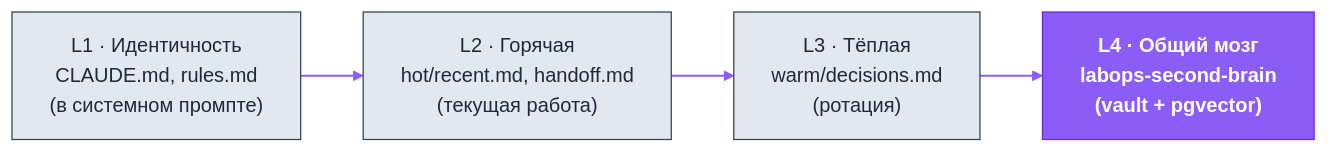
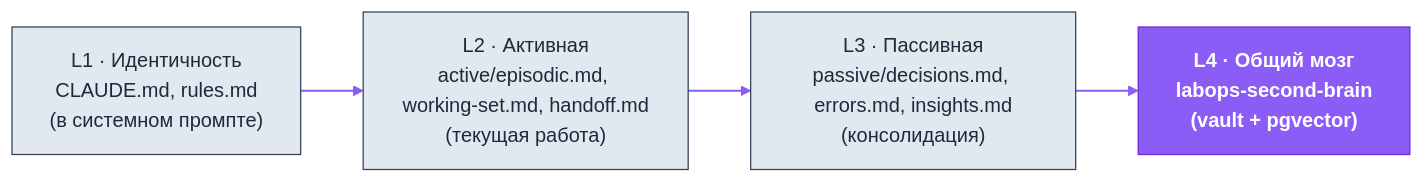
Before and after one commit to dediukhinpa/labops-second-brain: the first of 2 diagrams in README.ru.md, drawn with Mermaid. The commit also changed other lines of this file and 6 other files, not shown here.

````diff
--- a/README.ru.md
+++ b/README.ru.md
@@ -125,16 +126,16 @@
 ```mermaid
 %%{init: {'theme':'base','themeVariables':{'primaryColor':'#EDE9FE','primaryTextColor':'#4C1D95','primaryBorderColor':'#8B5CF6','lineColor':'#8B5CF6','secondaryColor':'#F1F5F9','tertiaryColor':'#ffffff','clusterBkg':'transparent','clusterBorder':'#B794F4','fontFamily':'Helvetica,Arial,sans-serif'}}}%%
 flowchart LR
     L1["L1 · Идентичность<br/>CLAUDE.md, rules.md<br/>(в системном промпте)"]
-    L2["L2 · Горячая<br/>hot/recent.md, handoff.md<br/>(текущая работа)"]
-    L3["L3 · Тёплая<br/>warm/decisions.md<br/>(ротация)"]
+    L2["L2 · Активная<br/>active/episodic.md, working-set.md, handoff.md<br/>(текущая работа)"]
+    L3["L3 · Пассивная<br/>passive/decisions.md, errors.md, insights.md<br/>(консолидация)"]
     L4["L4 · Общий мозг<br/>labops-second-brain<br/>(vault + pgvector)"]
     L1 --> L2 --> L3 --> L4
     classDef brand fill:#8B5CF6,stroke:#6D28D9,color:#ffffff,font-weight:bold
     classDef ext fill:#CCFBF1,stroke:#0D9488,color:#0F766E
     classDef store fill:#FEF3C7,stroke:#D97706,color:#92400E
     classDef sys fill:#E2E8F0,stroke:#334155,color:#1E293B
     linkStyle default stroke:#8B5CF6,stroke-width:1.5px
     class L4 brand
     class L1,L2,L3 sys
 ```
````
